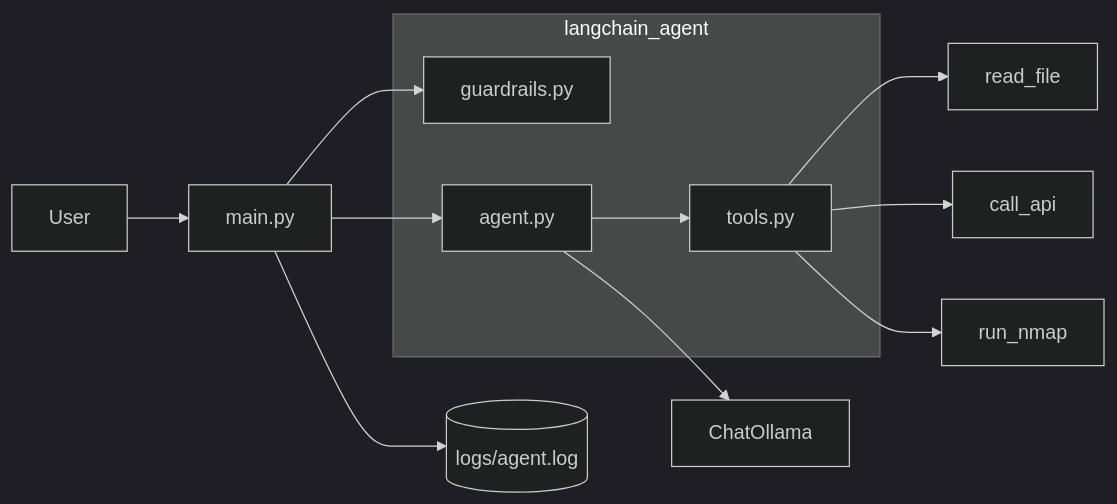
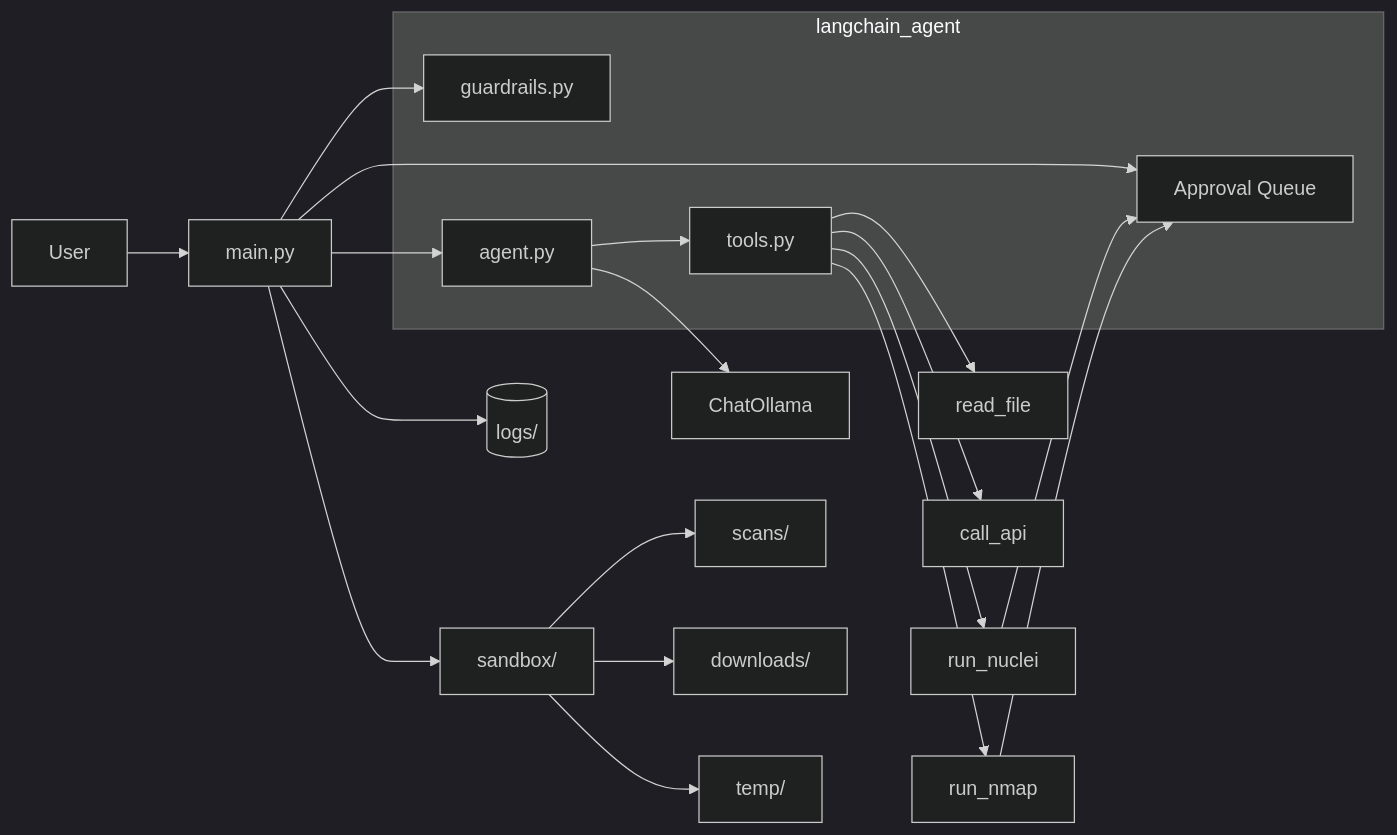
The diagram in README.md (soorajrs409/e-agent), drawn with Mermaid (dark theme) before and after one commit. The commit also changed other lines of this file and 8 other files, not shown here.

First line of the commit message:
feat: add nuclei vulnerability scanner with approval system

````diff
--- a/README.md
+++ b/README.md
@@ -11,18 +11,31 @@
 ```mermaid
 flowchart LR
     U[User] --> CLI[main.py]
     CLI --> GUARD[guardrails.py]
     CLI --> AGENT[agent.py]
     AGENT --> LLM[ChatOllama]
     AGENT --> TOOLS[tools.py]
+    
     TOOLS --> TF[read_file]
     TOOLS --> TA[call_api]
     TOOLS --> TN[run_nmap]
-    CLI --> LOG[(logs/agent.log)]
+    TOOLS --> TNU[run_nuclei]
+    
+    TN --> AQ[Approval Queue]
+    TNU --> AQ
+    
+    CLI --> AQ
+    CLI --> LOG[(logs/)]
+    CLI --> SB[sandbox/]
+    
+    SB --> SC[scans/]
+    SB --> DL[downloads/]
+    SB --> TM[temp/]
     
     subgraph langchain_agent[langchain_agent]
         GUARD
         AGENT
         TOOLS
+        AQ
     end
 ```
````
